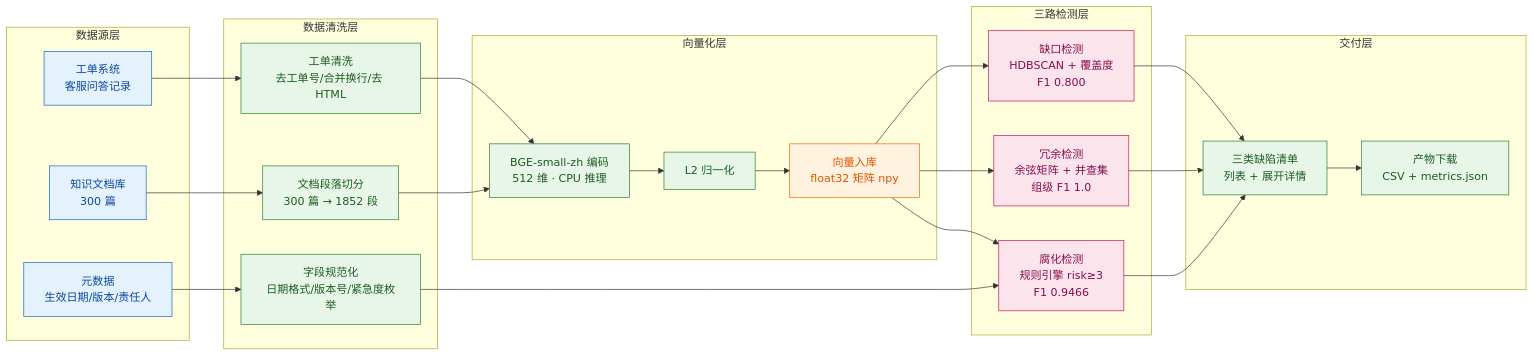
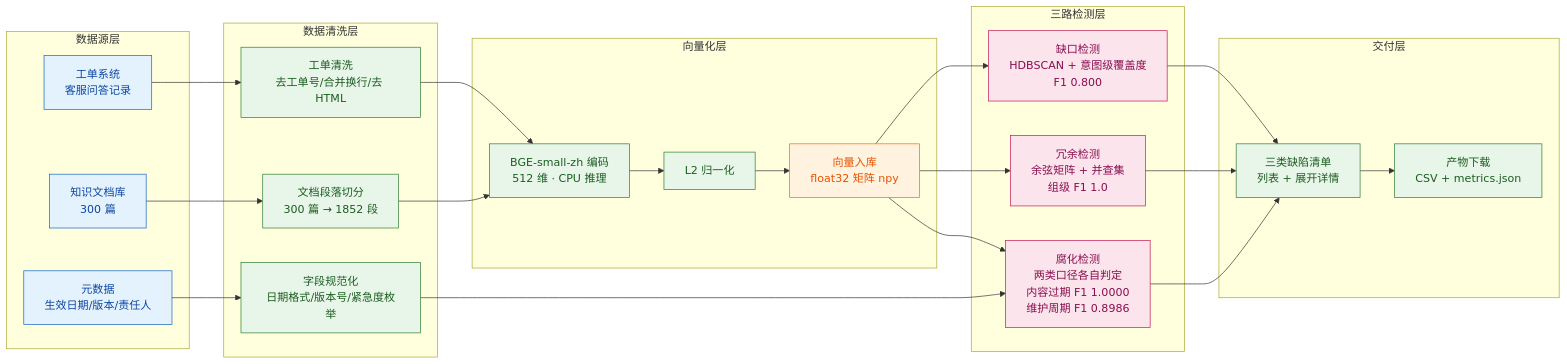
Before and after one commit to meisijiya/kb-quality-governance: the diagram in poc/kbgovernance/figures/05-数据流图.md, drawn with Mermaid. The commit also changed other lines of this file and 21 other files, not shown here.

First line of the commit message:
docs(plan): 方案、审计、图稿与术语同步到两口径与意图级判定

````diff
--- a/poc/kbgovernance/figures/05-数据流图.md
+++ b/poc/kbgovernance/figures/05-数据流图.md
@@ -7,51 +7,51 @@
 ```mermaid
 flowchart LR
   subgraph SRC["数据源层"]
     S1["工单系统<br/>客服问答记录"]:::src
     S2["知识文档库<br/>300 篇"]:::src
     S3["元数据<br/>生效日期/版本/责任人"]:::src
   end
 
   subgraph CLEAN["数据清洗层"]
     C1["工单清洗<br/>去工单号/合并换行/去 HTML"]:::proc
     C2["文档段落切分<br/>300 篇 → 1852 段"]:::proc
     C3["字段规范化<br/>日期格式/版本号/紧急度枚举"]:::proc
   end
 
   subgraph VEC["向量化层"]
     V1["BGE-small-zh 编码<br/>512 维 · CPU 推理"]:::proc
     V2["L2 归一化"]:::proc
     V3["向量入库<br/>float32 矩阵 npy"]:::store
   end
 
   subgraph DET["三路检测层"]
-    D1["缺口检测<br/>HDBSCAN + 覆盖度<br/>F1 0.800"]:::det
-    D2["腐化检测<br/>规则引擎 risk≥3<br/>F1 0.9466"]:::det
+    D1["缺口检测<br/>HDBSCAN + 意图级覆盖度<br/>F1 0.800"]:::det
+    D2["腐化检测<br/>两类口径各自判定<br/>内容过期 F1 1.0000<br/>维护周期 F1 0.8986"]:::det
     D3["冗余检测<br/>余弦矩阵 + 并查集<br/>组级 F1 1.0"]:::det
   end
 
   subgraph OUT["交付层"]
     G1["三类缺陷清单<br/>列表 + 展开详情"]:::proc
     G2["产物下载<br/>CSV + metrics.json"]:::proc
   end
 
   S1 --> C1
   S2 --> C2
   S3 --> C3
   C1 --> V1
   C2 --> V1
   C3 --> D2
   V1 --> V2 --> V3
   V3 --> D1
   V3 --> D3
   V3 --> D2
   D1 --> G1
   D2 --> G1
   D3 --> G1
   G1 --> G2
 
   classDef src fill:#e3f2fd,stroke:#1565c0,color:#0d47a1
   classDef proc fill:#e8f5e9,stroke:#2e7d32,color:#1b5e20
   classDef store fill:#fff3e0,stroke:#ef6c00,color:#e65100
   classDef det fill:#fce4ec,stroke:#c2185b,color:#880e4f
 ```
````
